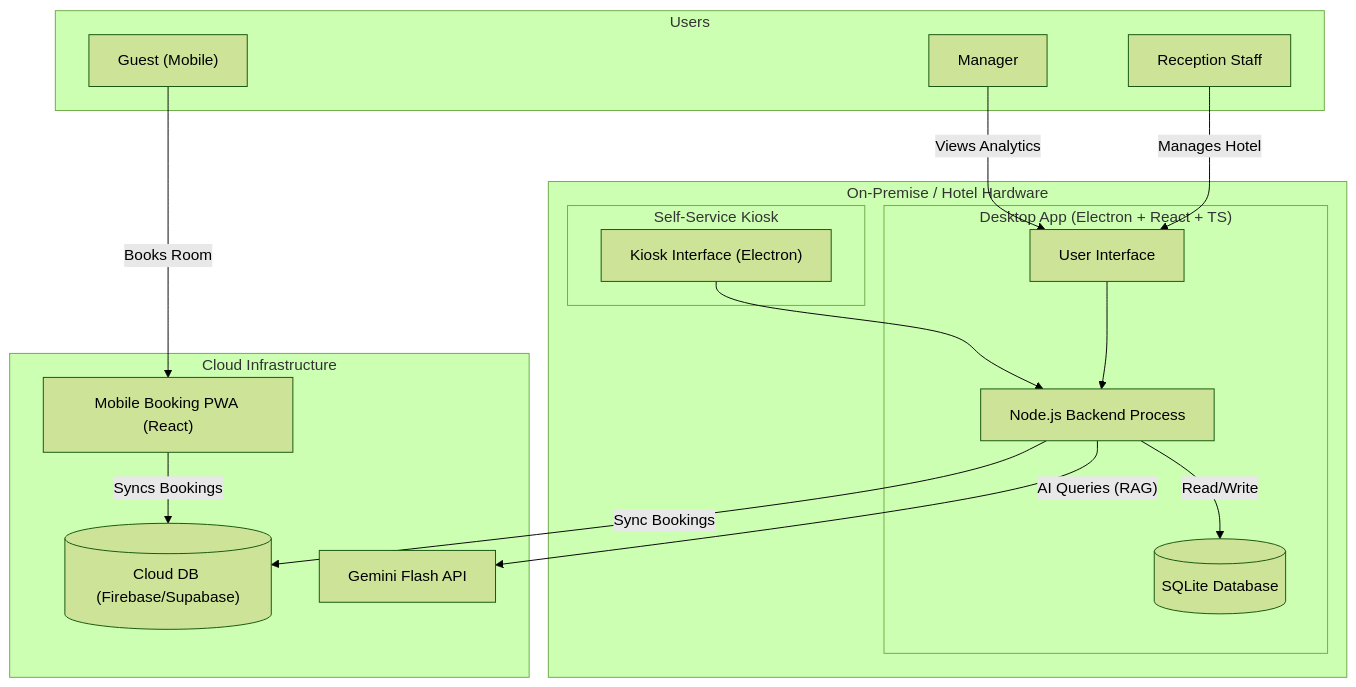
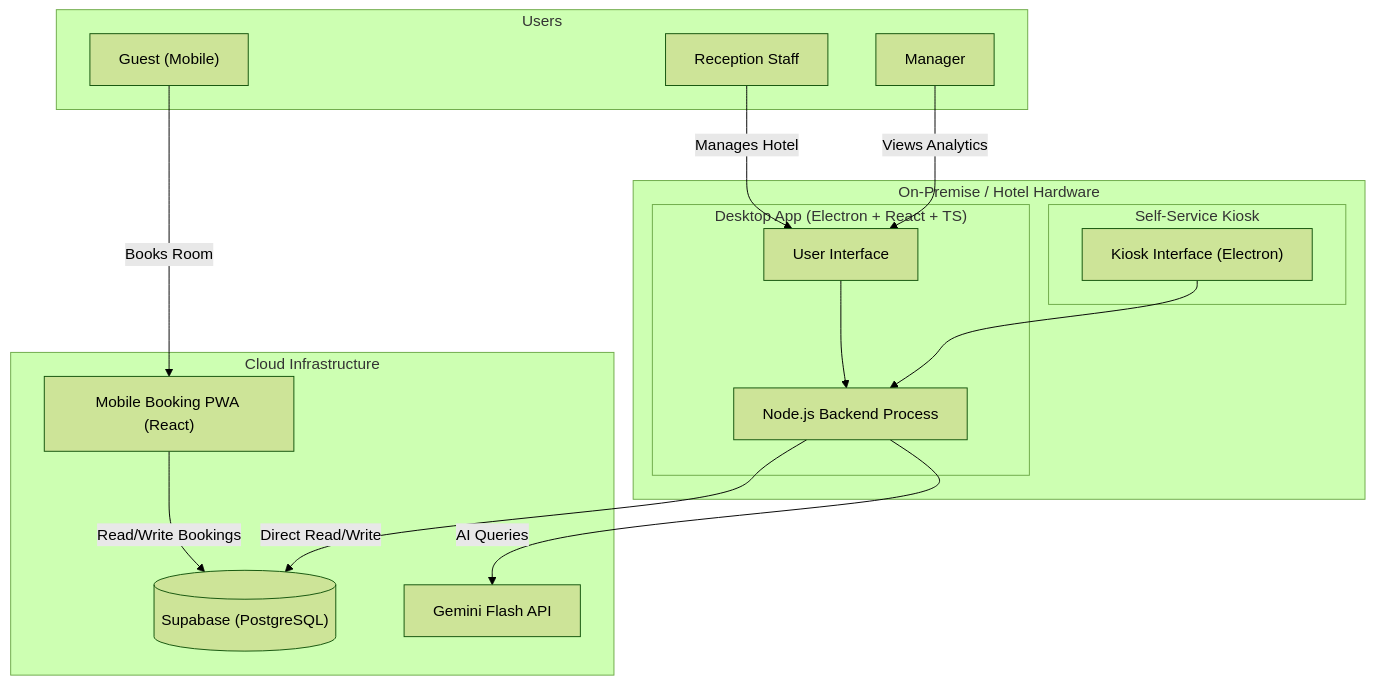
Before and after one commit to pulkitnehra/ProjectsCompleted: the diagram in HotelManagementModernization/architecture_diagram.mermaid, drawn with Mermaid (forest theme). The commit also changed 1 other file, not shown here.

Commit message:
updated diagrams

```diff
--- a/HotelManagementModernization/architecture_diagram.mermaid
+++ b/HotelManagementModernization/architecture_diagram.mermaid
@@ -1,36 +1,34 @@
 graph TD
     subgraph Cloud ["Cloud Infrastructure"]
         PWA["Mobile Booking PWA (React)"]
-        CloudDB[("Cloud DB (Firebase/Supabase)")]
+        Supabase[("Supabase (PostgreSQL)")]
         LLM["Gemini Flash API"]
         
-        PWA -->|"Syncs Bookings"| CloudDB
+        PWA -->|"Read/Write Bookings"| Supabase
     end
 
     subgraph Hotel ["On-Premise / Hotel Hardware"]
         subgraph Desktop ["Desktop App (Electron + React + TS)"]
-            UI["User Interface"]
-            Backend["Node.js Backend Process"]
-            LocalDB[("SQLite Database")]
-            
-            UI --> Backend
-            Backend -->|"Read/Write"| LocalDB
-            Backend -->|"Sync Bookings"| CloudDB
-            Backend -->|"AI Queries (RAG)"| LLM
+        UI["User Interface"]
+        Backend["Node.js Backend Process"]
+        
+        UI --> Backend
+        Backend -->|"Direct Read/Write"| Supabase
+        Backend -->|"AI Queries"| LLM
         end
 
         subgraph Kiosk ["Self-Service Kiosk"]
             KioskUI["Kiosk Interface (Electron)"]
             KioskUI --> Backend
         end
     end
 
     subgraph Users
         Guest["Guest (Mobile)"]
         Reception["Reception Staff"]
         Manager["Manager"]
     end
 
     Guest -->|"Books Room"| PWA
     Reception -->|"Manages Hotel"| UI
     Manager -->|"Views Analytics"| UI
```
